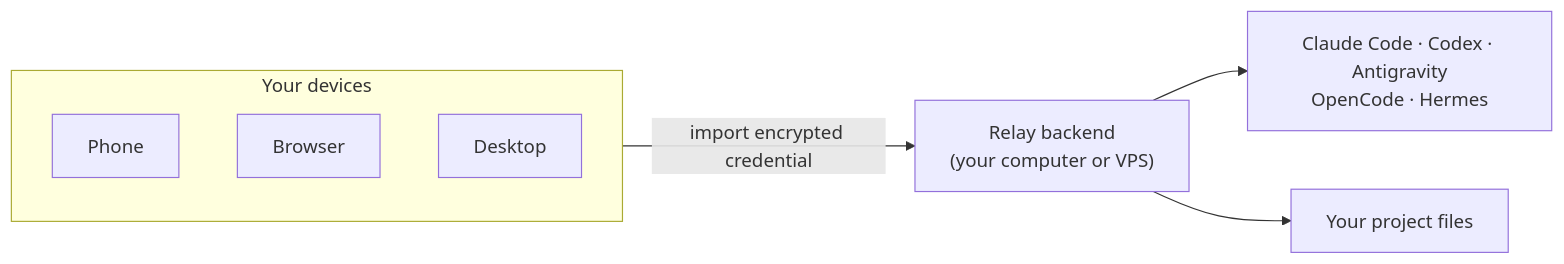
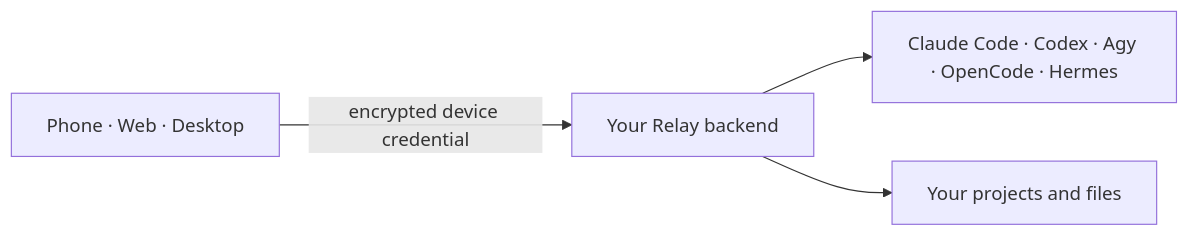
One commit to elin66alpha/Relay changed the diagram in README.md. Above: the diagram before and after it, drawn with Mermaid. The commit also changed other lines of this file and 44 other files, not shown here.

````diff
--- a/README.md
+++ b/README.md
@@ -22,12 +20,6 @@
 ```mermaid
 flowchart LR
-    subgraph You["Your devices"]
-        direction TB
-        P["Phone"]
-        W["Browser"]
-        D["Desktop"]
-    end
-    You -->|"import encrypted credential"| B["Relay backend<br/>(your computer or VPS)"]
-    B --> AG["Claude Code · Codex · Antigravity<br/>OpenCode · Hermes"]
-    B --> FS["Your project files"]
+    C["Phone · Web · Desktop"] -->|"encrypted device credential"| B["Your Relay backend"]
+    B --> A["Claude Code · Codex · Agy · OpenCode · Hermes"]
+    B --> F["Your projects and files"]
 ```
````
